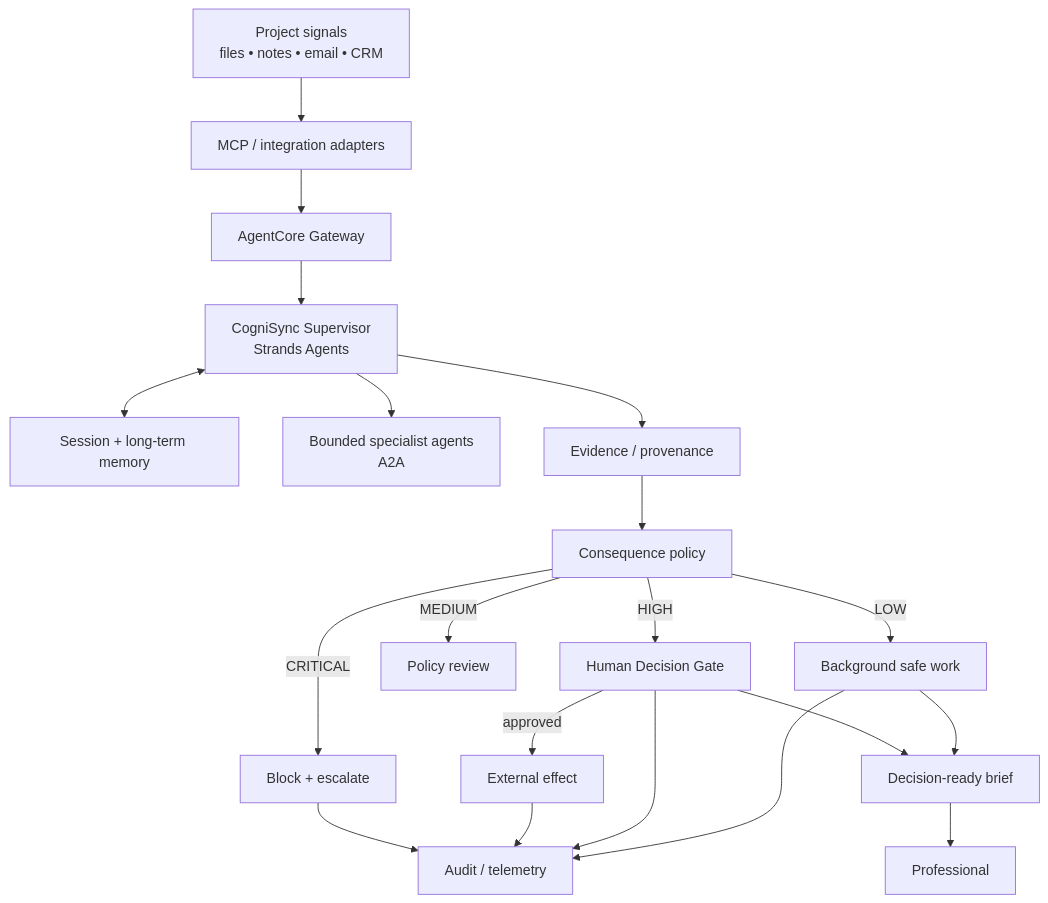
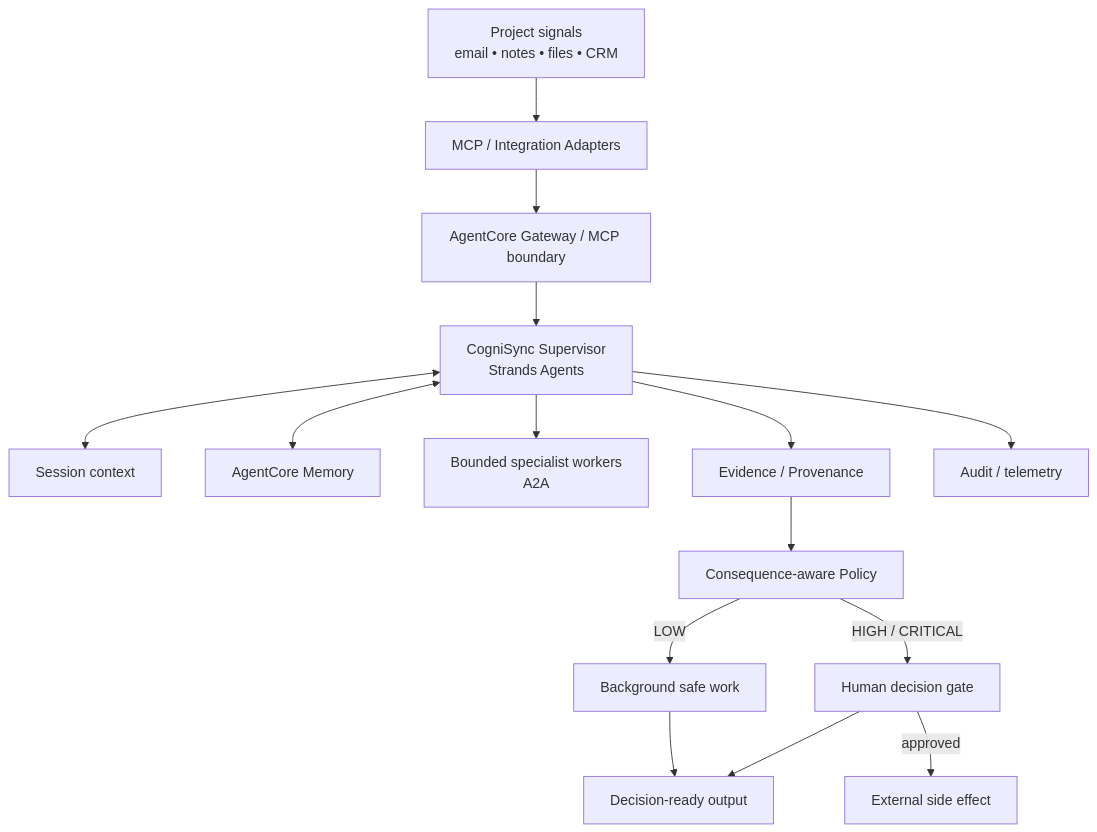
One commit to fotografandrzejmikulski-bit/Agents-for-Humans-Hackathon changed the diagram in README.md. Above: the diagram before and after it, drawn with Mermaid. The commit also changed other lines of this file, not shown here.

````diff
--- a/README.md
+++ b/README.md
@@ -73,22 +68,17 @@
 ```mermaid
 flowchart TB
-    S[Project signals\nfiles • notes • email • CRM] --> M[MCP / integration adapters]
-    M --> G[AgentCore Gateway]
+    S[Project signals\nemail • notes • files • CRM] --> M[MCP / Integration Adapters]
+    M --> G[AgentCore Gateway / MCP boundary]
     G --> SUP[CogniSync Supervisor\nStrands Agents]
-    SUP <--> MEM[Session + long-term memory]
-    SUP --> A2A[Bounded specialist agents\nA2A]
-    SUP --> EV[Evidence / provenance]
-    EV --> P[Consequence policy]
-    P -->|LOW| BG[Background safe work]
-    P -->|MEDIUM| RV[Policy review]
-    P -->|HIGH| HITL[Human Decision Gate]
-    P -->|CRITICAL| BL[Block + escalate]
-    HITL -->|approved| FX[External effect]
-    BG --> AUD[Audit / telemetry]
-    HITL --> AUD
-    FX --> AUD
-    BL --> AUD
-    BG --> OUT[Decision-ready brief]
-    HITL --> OUT
-    OUT --> H[Professional]
+    SUP <--> STM[Session context]
+    SUP <--> LTM[AgentCore Memory]
+    SUP --> A2A[Bounded specialist workers\nA2A]
+    SUP --> E[Evidence / Provenance]
+    E --> P[Consequence-aware Policy]
+    P -->|LOW| B[Background safe work]
+    P -->|HIGH / CRITICAL| H[Human decision gate]
+    H -->|approved| X[External side effect]
+    B --> O[Decision-ready output]
+    H --> O
+    SUP --> AU[Audit / telemetry]
 ```
````
